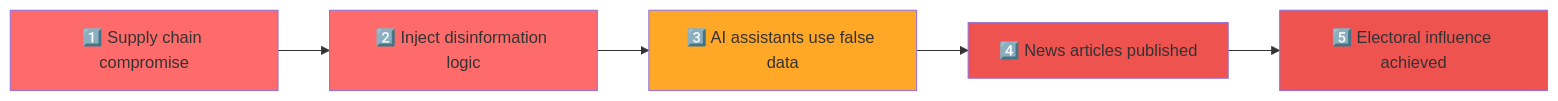
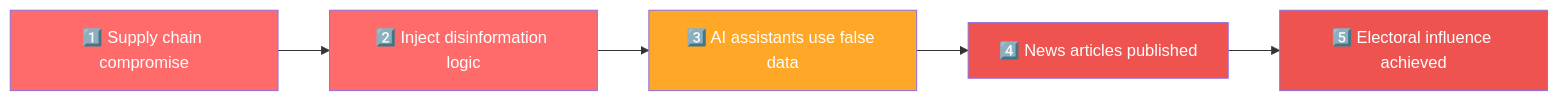
The eighth of 21 diagrams in THREAT_MODEL.md (Hack23/European-Parliament-MCP-Server), drawn with Mermaid before and after one commit. The commit also changed other lines of this file and 28 other files, not shown here.

First line of the commit message:
fix: correct 5 broken mermaid diagrams and add explicit text colors for dark/light mode

````diff
--- a/THREAT_MODEL.md
+++ b/THREAT_MODEL.md
@@ -860,13 +877,18 @@
 ```mermaid
 graph LR
     A[1️⃣ Supply chain compromise] --> B[2️⃣ Inject disinformation logic]
     B --> C[3️⃣ AI assistants use false data]
     C --> D[4️⃣ News articles published]
     D --> E[5️⃣ Electoral influence achieved]
     
-    style A fill:#ff6b6b
-    style B fill:#ff6b6b
-    style C fill:#ffa726
-    style D fill:#ef5350
-    style E fill:#ef5350
+    style A fill:#ff6b6b,color:#ffffff
+
+    style B fill:#ff6b6b,color:#ffffff
+
+    style C fill:#ffa726,color:#ffffff
+
+    style D fill:#ef5350,color:#ffffff
+
+    style E fill:#ef5350,color:#ffffff
+
 ```
````
